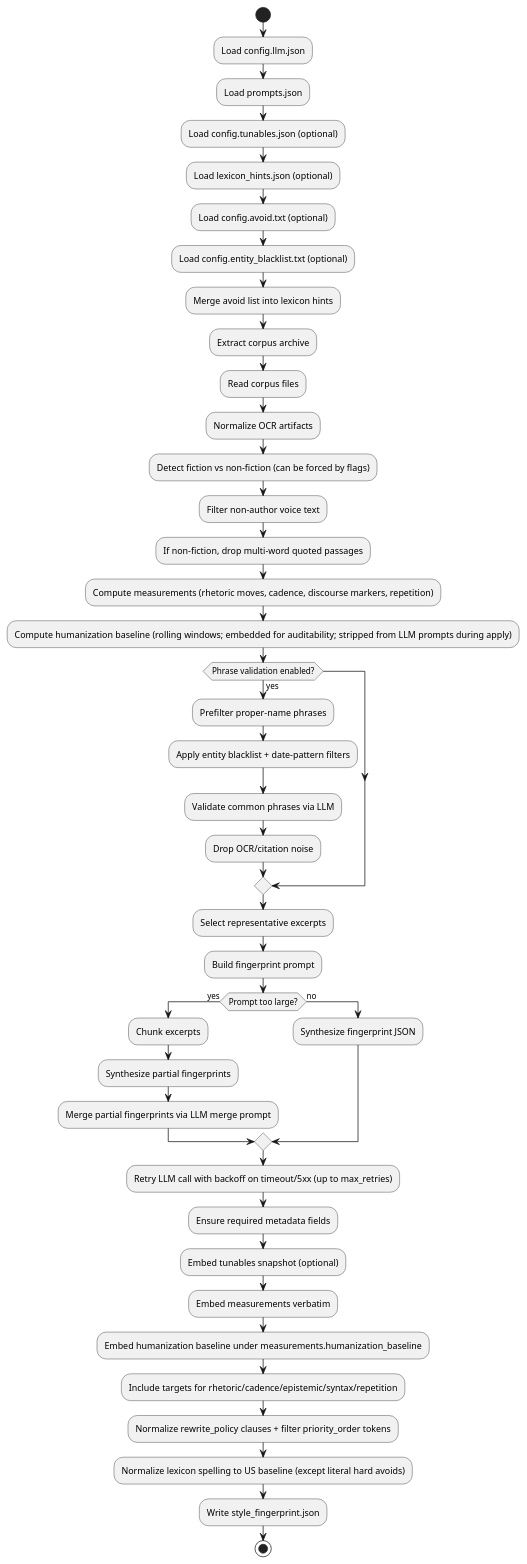
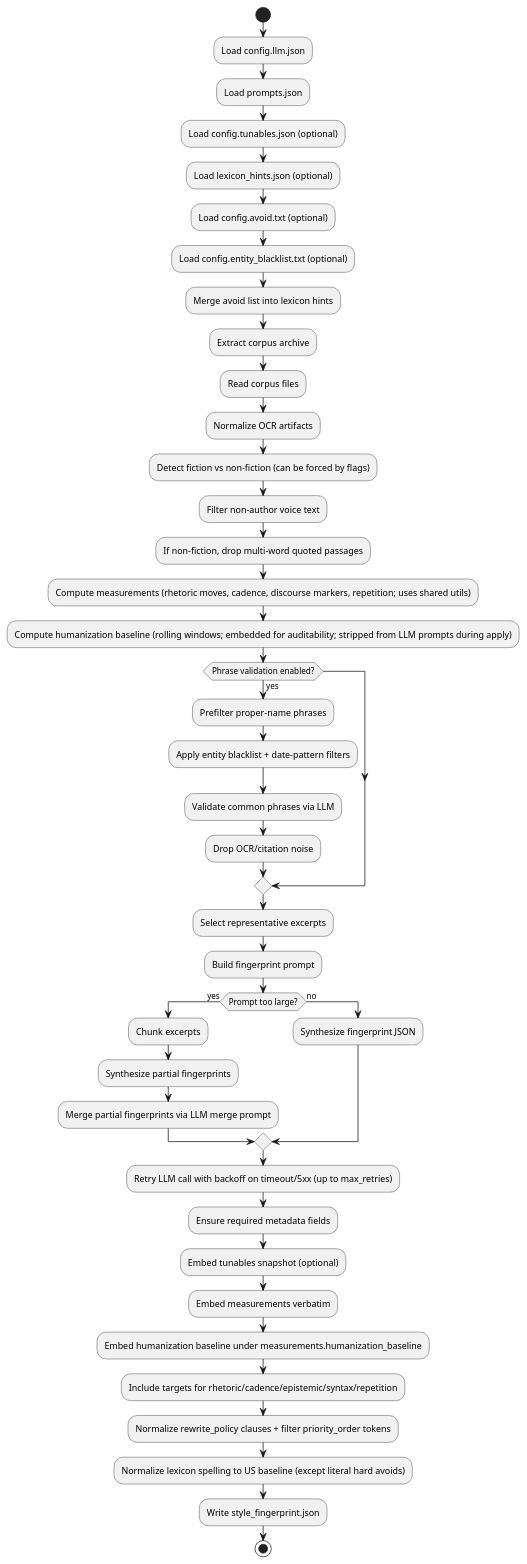
Before and after one commit to ngpepin/stylometric-transfer: the second of 3 diagrams in UML-Fingerprint.md, drawn with PlantUML. The commit also changed other lines of this file and 10 other files, not shown here.

````diff
--- a/UML-Fingerprint.md
+++ b/UML-Fingerprint.md
@@ -86,51 +98,51 @@
 ```plantuml
 @startuml
 start
 :Load config.llm.json;
 :Load prompts.json;
 :Load config.tunables.json (optional);
 :Load lexicon_hints.json (optional);
 :Load config.avoid.txt (optional);
 :Load config.entity_blacklist.txt (optional);
 :Merge avoid list into lexicon hints;
 
 :Extract corpus archive;
 :Read corpus files;
 :Normalize OCR artifacts;
 :Detect fiction vs non-fiction (can be forced by flags);
 :Filter non-author voice text;
 :If non-fiction, drop multi-word quoted passages;
-:Compute measurements (rhetoric moves, cadence, discourse markers, repetition);
+:Compute measurements (rhetoric moves, cadence, discourse markers, repetition; uses shared utils);
 :Compute humanization baseline (rolling windows; embedded for auditability; stripped from LLM prompts during apply);
 
 if (Phrase validation enabled?) then (yes)
   :Prefilter proper-name phrases;
   :Apply entity blacklist + date-pattern filters;
   :Validate common phrases via LLM;
   :Drop OCR/citation noise;
 endif
 
 :Select representative excerpts;
 :Build fingerprint prompt;
 
 if (Prompt too large?) then (yes)
   :Chunk excerpts;
   :Synthesize partial fingerprints;
   :Merge partial fingerprints via LLM merge prompt;
 else (no)
   :Synthesize fingerprint JSON;
 endif
 
 :Retry LLM call with backoff on timeout/5xx (up to max_retries);
 
 :Ensure required metadata fields;
 :Embed tunables snapshot (optional);
 :Embed measurements verbatim;
 :Embed humanization baseline under measurements.humanization_baseline;
 :Include targets for rhetoric/cadence/epistemic/syntax/repetition;
 :Normalize rewrite_policy clauses + filter priority_order tokens;
 :Normalize lexicon spelling to US baseline (except literal hard avoids);
 :Write style_fingerprint.json;
 stop
 @enduml
 ```
````
